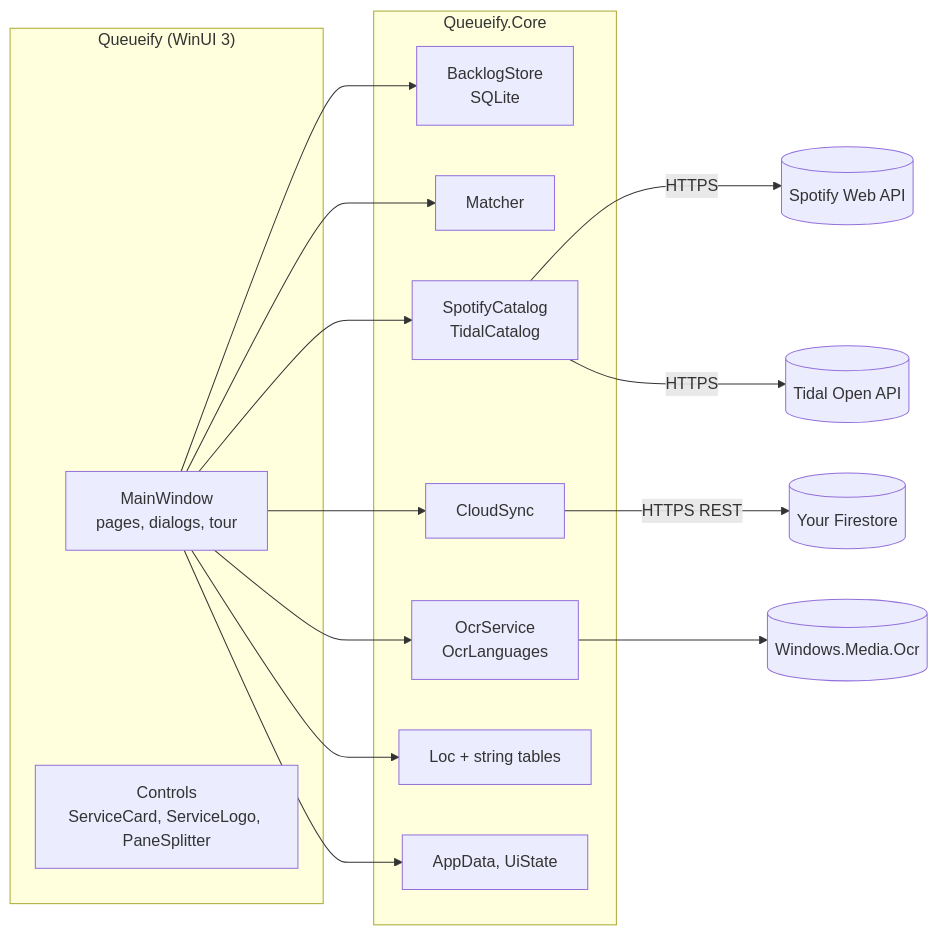
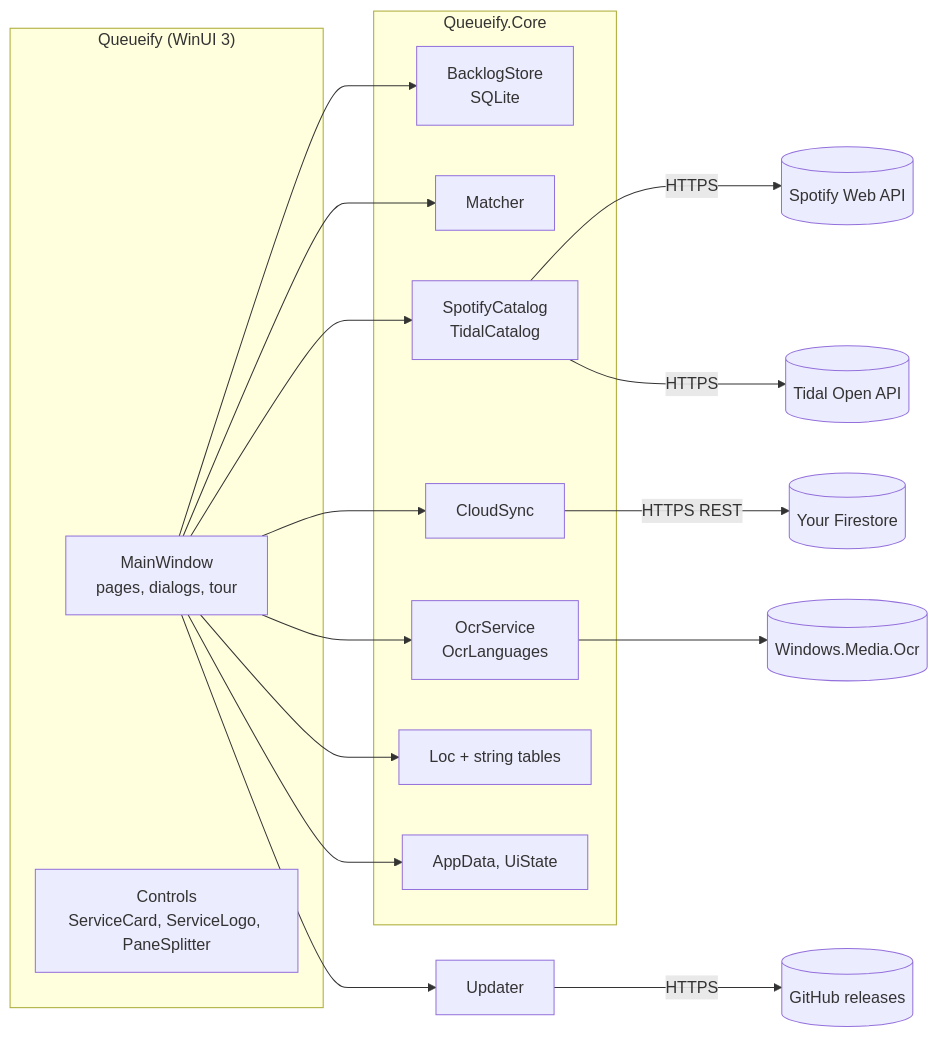
The diagram in docs/ARCHITECTURE.md (PAumedes/Queueify), drawn with Mermaid before and after one commit. The commit also changed other lines of this file and 15 other files, not shown here.

````diff
--- a/docs/ARCHITECTURE.md
+++ b/docs/ARCHITECTURE.md
@@ -7,20 +7,21 @@
 ```mermaid
 flowchart LR
     subgraph App["Queueify (WinUI 3)"]
         MW[MainWindow<br/>pages, dialogs, tour]
         C[Controls<br/>ServiceCard, ServiceLogo, PaneSplitter]
     end
     subgraph Core["Queueify.Core"]
         S[BacklogStore<br/>SQLite]
         M[Matcher]
         CAT[SpotifyCatalog<br/>TidalCatalog]
         CS[CloudSync]
         O[OcrService<br/>OcrLanguages]
         L[Loc + string tables]
         ST[AppData, UiState]
     end
     MW --> S & M & CAT & CS & O & L & ST
     CAT -->|HTTPS| SP[(Spotify Web API)] & TI[(Tidal Open API)]
     CS -->|HTTPS REST| FS[(Your Firestore)]
+    MW --> U[Updater] -->|HTTPS| GH[(GitHub releases)]
     O --> WOCR[(Windows.Media.Ocr)]
 ```
````
